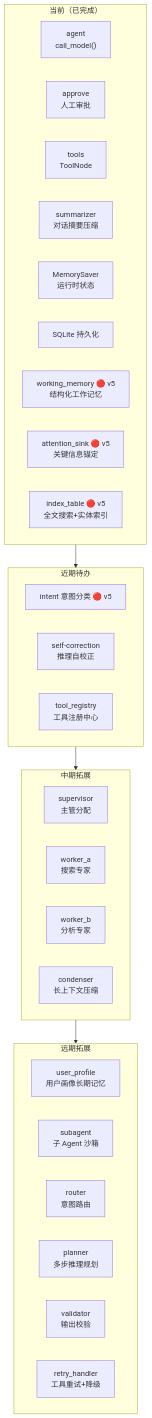
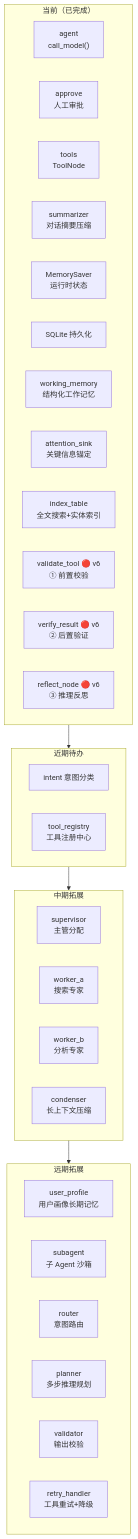
The eighth of 8 diagrams in docs/agent-architecture-diagrams.md (wuLa0702/llm_wiki_selfbuild), drawn with Mermaid before and after one commit. The commit also changed other lines of this file, not shown here.

First line of the commit message:
docs(agent): 更新架构图至 v6 — 标记 Self-Correction 三层自修正为已完成

````diff
--- a/docs/agent-architecture-diagrams.md
+++ b/docs/agent-architecture-diagrams.md
@@ -517,40 +551,42 @@
 ```mermaid
 flowchart TD
     subgraph CURRENT["当前（已完成）"]
         AGENT["agent<br/>call_model()"]
         APPROVE["approve<br/>人工审批"]
         TOOLS["tools<br/>ToolNode"]
         SUMM["summarizer<br/>对话摘要压缩"]
         CHECK["MemorySaver<br/>运行时状态"]
         SQLITE["SQLite 持久化"]
-        WM["working_memory 🔴 v5<br/>结构化工作记忆"]
-        SINK["attention_sink 🔴 v5<br/>关键信息锚定"]
-        INDEX["index_table 🔴 v5<br/>全文搜索+实体索引"]
+        WM["working_memory<br/>结构化工作记忆"]
+        SINK["attention_sink<br/>关键信息锚定"]
+        INDEX["index_table<br/>全文搜索+实体索引"]
+        VALIDATE["validate_tool 🔴 v6<br/>① 前置校验"]
+        VERIFY["verify_result 🔴 v6<br/>② 后置验证"]
+        REFLECT["reflect_node 🔴 v6<br/>③ 推理反思"]
     end
 
     subgraph P1["近期待办"]
-        PERCEPT_INTENT["intent 意图分类 🔴 v5"]
-        SELF_CORRECT["self-correction<br/>推理自校正"]
+        PERCEPT_INTENT["intent 意图分类"]
         TOOL_REGISTRY["tool_registry<br/>工具注册中心"]
     end
 
     subgraph P2["中期拓展"]
         SUPERVISOR["supervisor<br/>主管分配"]
         WORKER1["worker_a<br/>搜索专家"]
         WORKER2["worker_b<br/>分析专家"]
         CONDENSER["condenser<br/>长上下文压缩"]
     end
 
     subgraph P3["远期拓展"]
         PROFILE["user_profile<br/>用户画像长期记忆"]
         SUBAGENT["subagent<br/>子 Agent 沙箱"]
         ROUTER["router<br/>意图路由"]
         PLANNER["planner<br/>多步推理规划"]
         VALIDATOR["validator<br/>输出校验"]
         RETRY["retry_handler<br/>工具重试+降级"]
     end
 
     CURRENT --> P1
     P1 --> P2
     P2 --> P3
 ```
````
